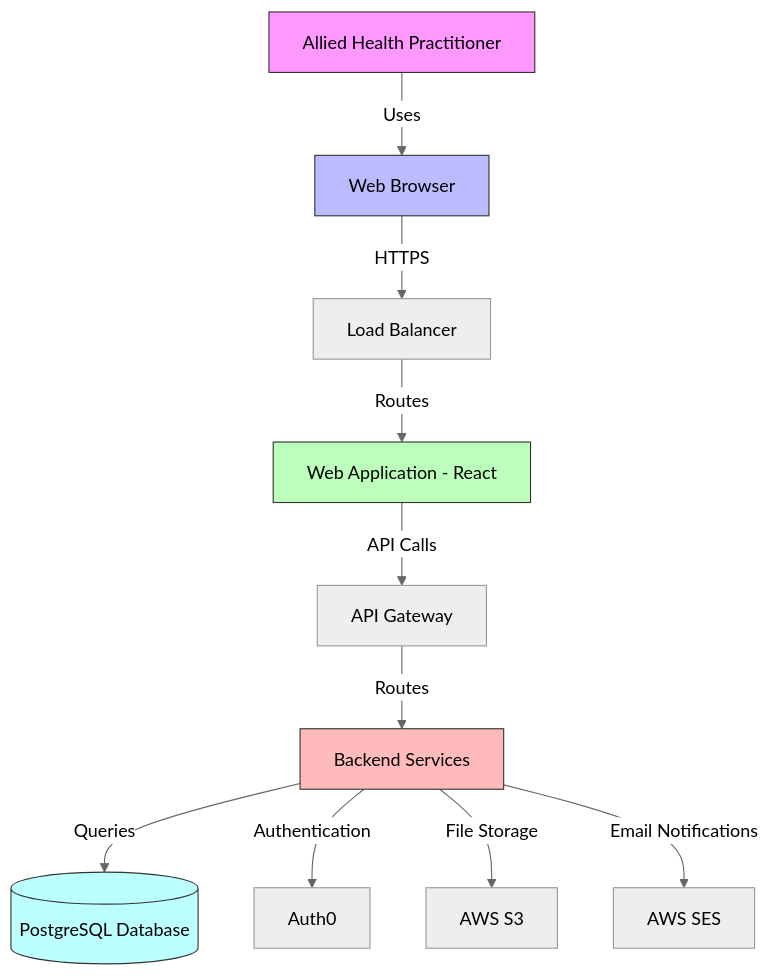
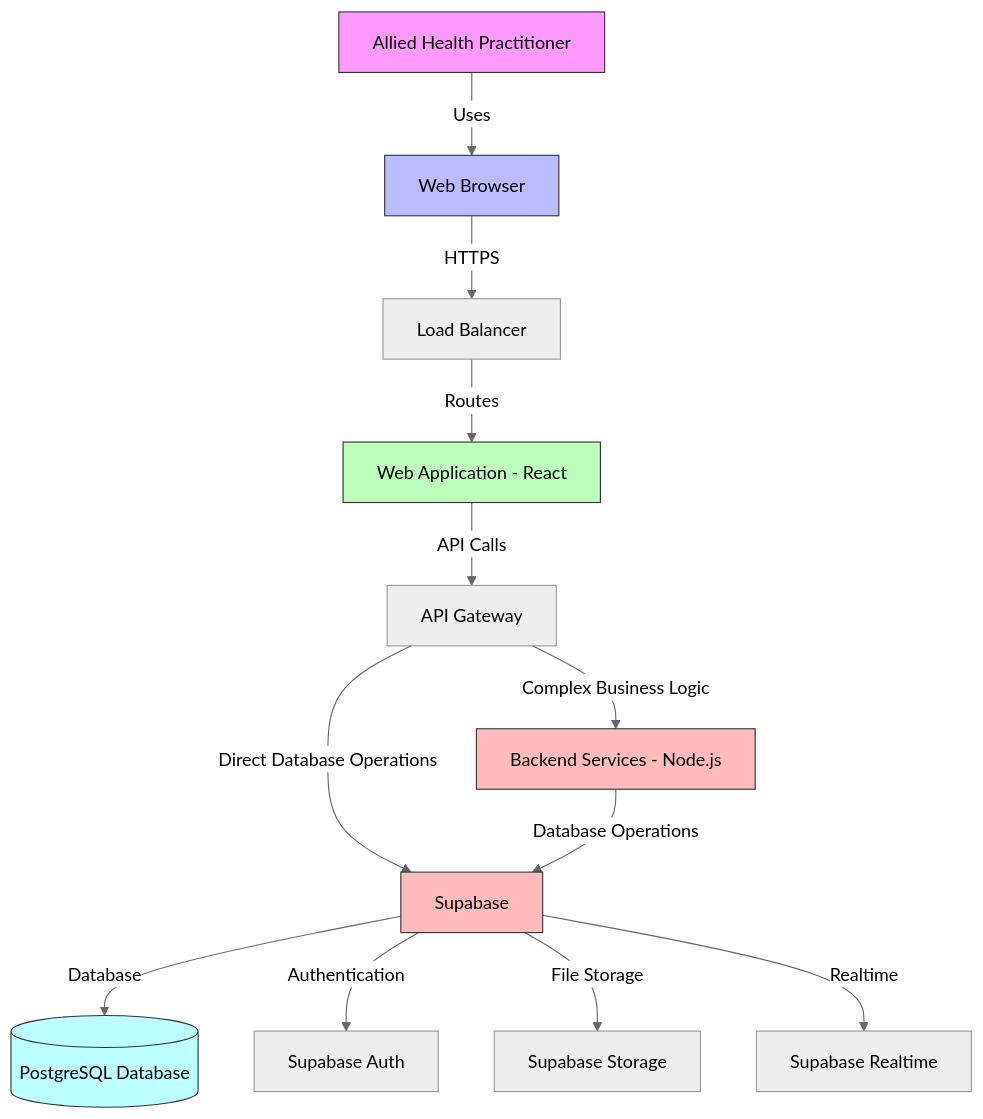
One commit to billynoodle/cursor-auto-rules-agile-workflow changed the first of 3 diagrams in .ai/arch.md. Above: the diagram before and after it, drawn with Mermaid (neutral theme). The commit also changed other lines of this file and 22 other files, not shown here.

````diff
--- a/.ai/arch.md
+++ b/.ai/arch.md
@@ -31,18 +26,21 @@
 ```mermaid
 graph TD
     A[Allied Health Practitioner] -->|Uses| B[Web Browser]
     B -->|HTTPS| C[Load Balancer]
     C -->|Routes| D[Web Application - React]
     D -->|API Calls| E[API Gateway]
-    E -->|Routes| F[Backend Services]
-    F -->|Queries| G[(PostgreSQL Database)]
-    F -->|Authentication| H[Auth0]
-    F -->|File Storage| I[AWS S3]
-    F -->|Email Notifications| J[AWS SES]
+    E -->|Direct Database Operations| F[Supabase]
+    F -->|Database| G[(PostgreSQL Database)]
+    F -->|Authentication| H[Supabase Auth]
+    F -->|File Storage| I[Supabase Storage]
+    F -->|Realtime| J[Supabase Realtime]
+    E -->|Complex Business Logic| K[Backend Services - Node.js]
+    K -->|Database Operations| F
     
     style A fill:#f9f,stroke:#333
     style B fill:#bbf,stroke:#333
     style D fill:#bfb,stroke:#333
     style F fill:#fbb,stroke:#333
     style G fill:#bff,stroke:#333
+    style K fill:#fbb,stroke:#333
 ```
````
